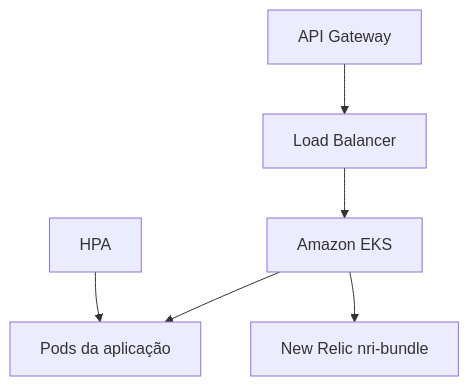
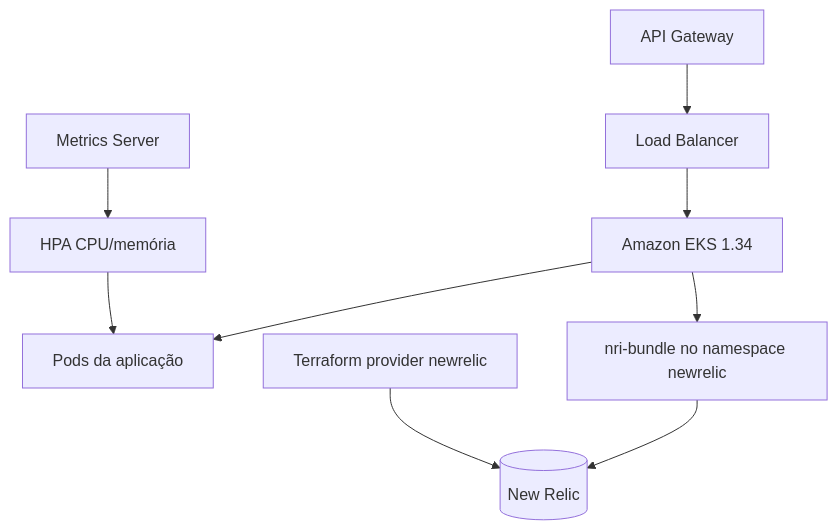
One commit to tiagomiele/oficina-kubernetes-infra-fiap-fase3 changed the diagram in README.md. Above: the diagram before and after it, drawn with Mermaid. The commit also changed other lines of this file and 8 other files, not shown here.

````diff
--- a/README.md
+++ b/README.md
@@ -18,8 +20,11 @@
 ```mermaid
 flowchart TB
     APIGW[API Gateway] --> LB[Load Balancer]
-    LB --> EKS[Amazon EKS]
+    LB --> EKS[Amazon EKS 1.34]
     EKS --> Pods[Pods da aplicação]
-    HPA[HPA] --> Pods
-    EKS --> NR[New Relic nri-bundle]
+    HPA[HPA CPU/memória] --> Pods
+    MS[Metrics Server] --> HPA
+    EKS --> NR[nri-bundle no namespace newrelic]
+    NR --> NRP[(New Relic)]
+    TF[Terraform provider newrelic] --> NRP
 ```
````
